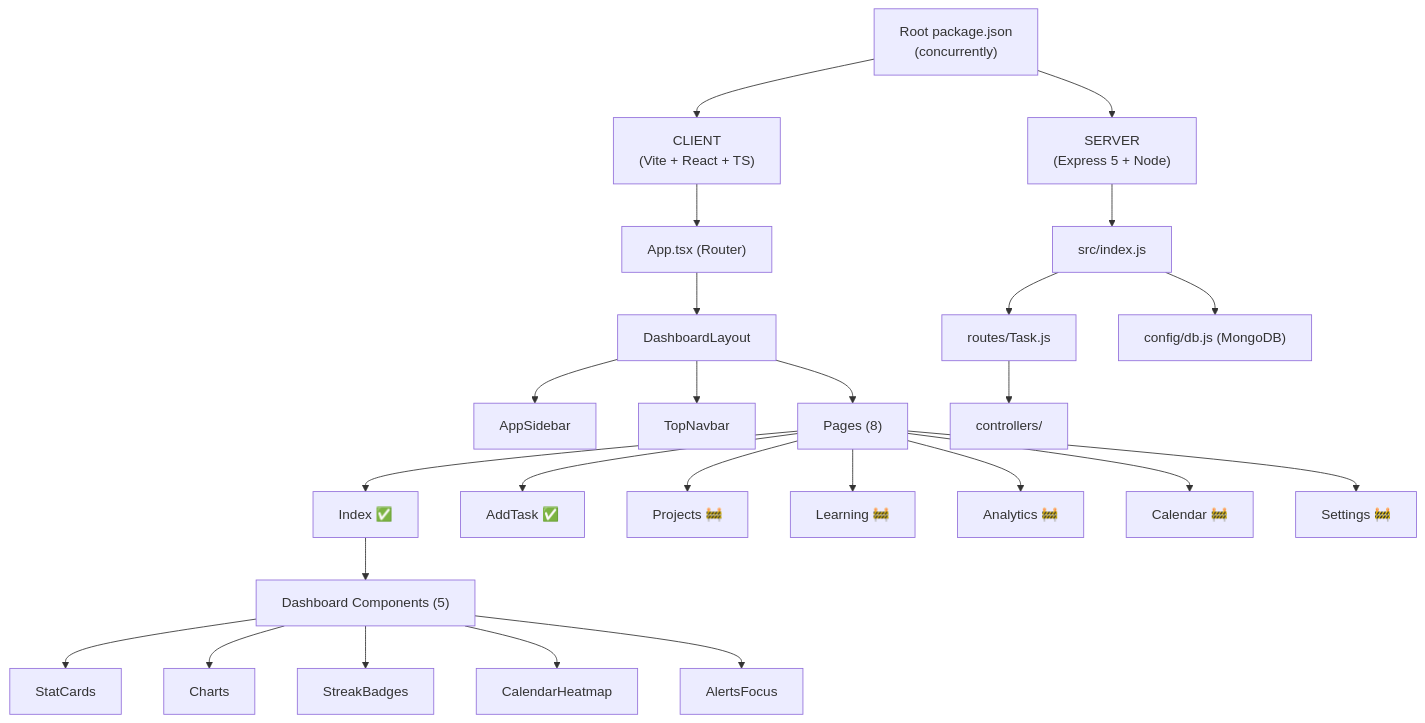
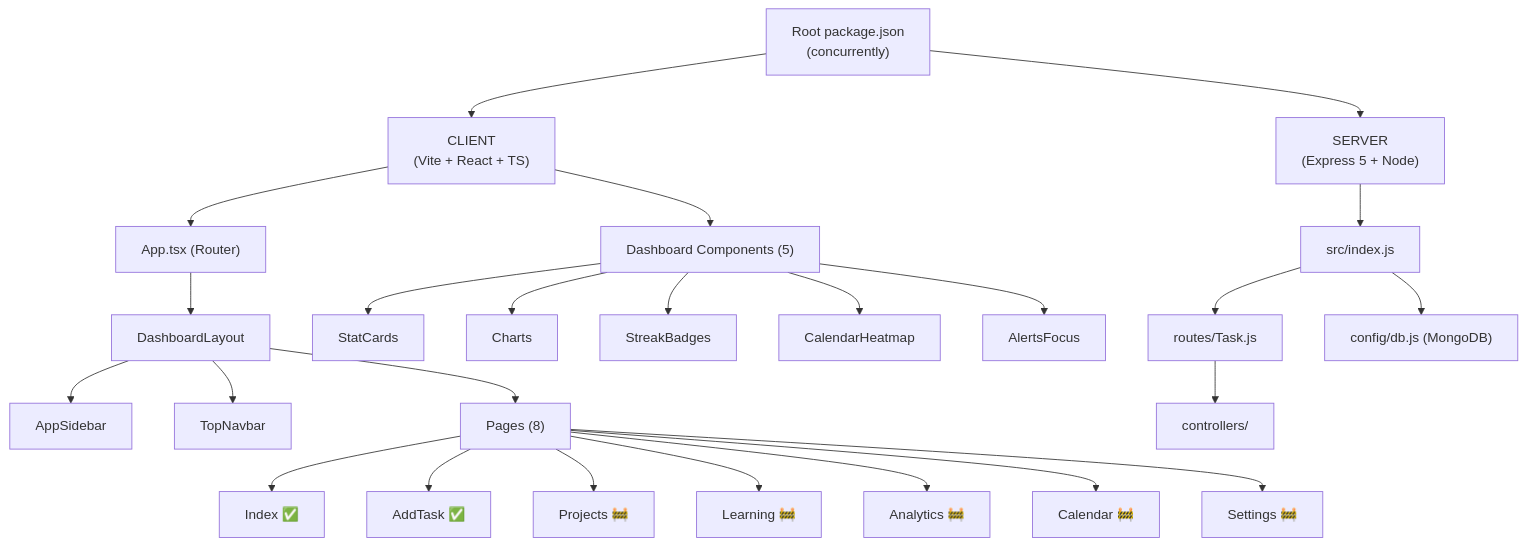
The diagram in README.MD (yasinarafatajad/handy), drawn with Mermaid before and after one commit.

Commit message:
[Docs]: fix Mermaid architecture diagram in README

````diff
--- a/README.MD
+++ b/README.MD
@@ -70,32 +70,32 @@
 ```mermaid
 flowchart TD
 
     A["Root package.json<br/>(concurrently)"] --> B["CLIENT<br/>(Vite + React + TS)"]
     A --> C["SERVER<br/>(Express 5 + Node)"]
 
     B --> D["App.tsx (Router)"]
     D --> E["DashboardLayout"]
     E --> F["AppSidebar"]
     E --> G["TopNavbar"]
     E --> H["Pages (8)"]
 
     H --> H1["Index ✅"]
     H --> H2["AddTask ✅"]
     H --> H3["Projects 🚧"]
     H --> H4["Learning 🚧"]
     H --> H5["Analytics 🚧"]
     H --> H6["Calendar 🚧"]
     H --> H7["Settings 🚧"]
 
-    H1 --> I["Dashboard Components (5)"]
+    B --> I["Dashboard Components (5)"]
     I --> I1["StatCards"]
     I --> I2["Charts"]
     I --> I3["StreakBadges"]
     I --> I4["CalendarHeatmap"]
     I --> I5["AlertsFocus"]
 
     C --> J["src/index.js"]
     J --> K["routes/Task.js"]
     K --> L["controllers/"]
     J --> M["config/db.js (MongoDB)"]
 ```
````
